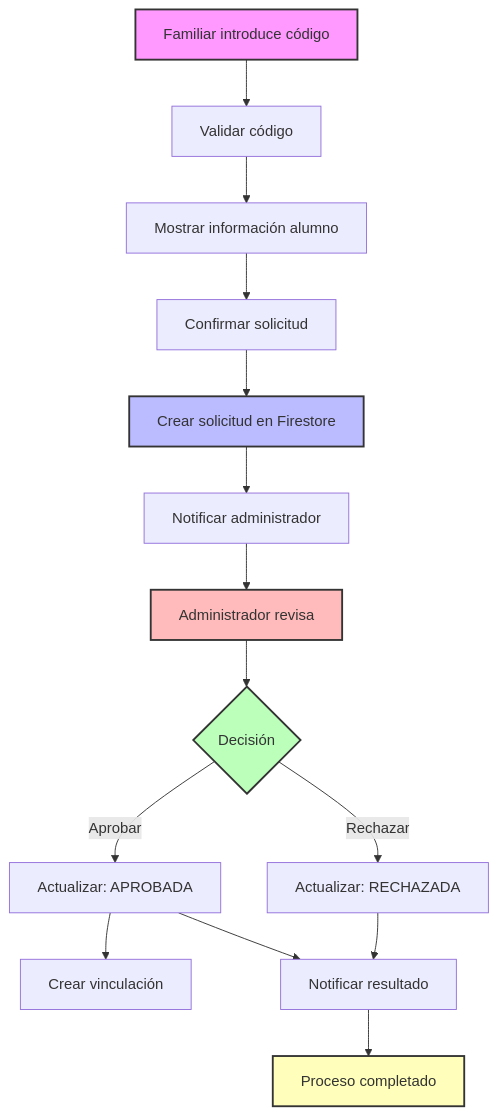
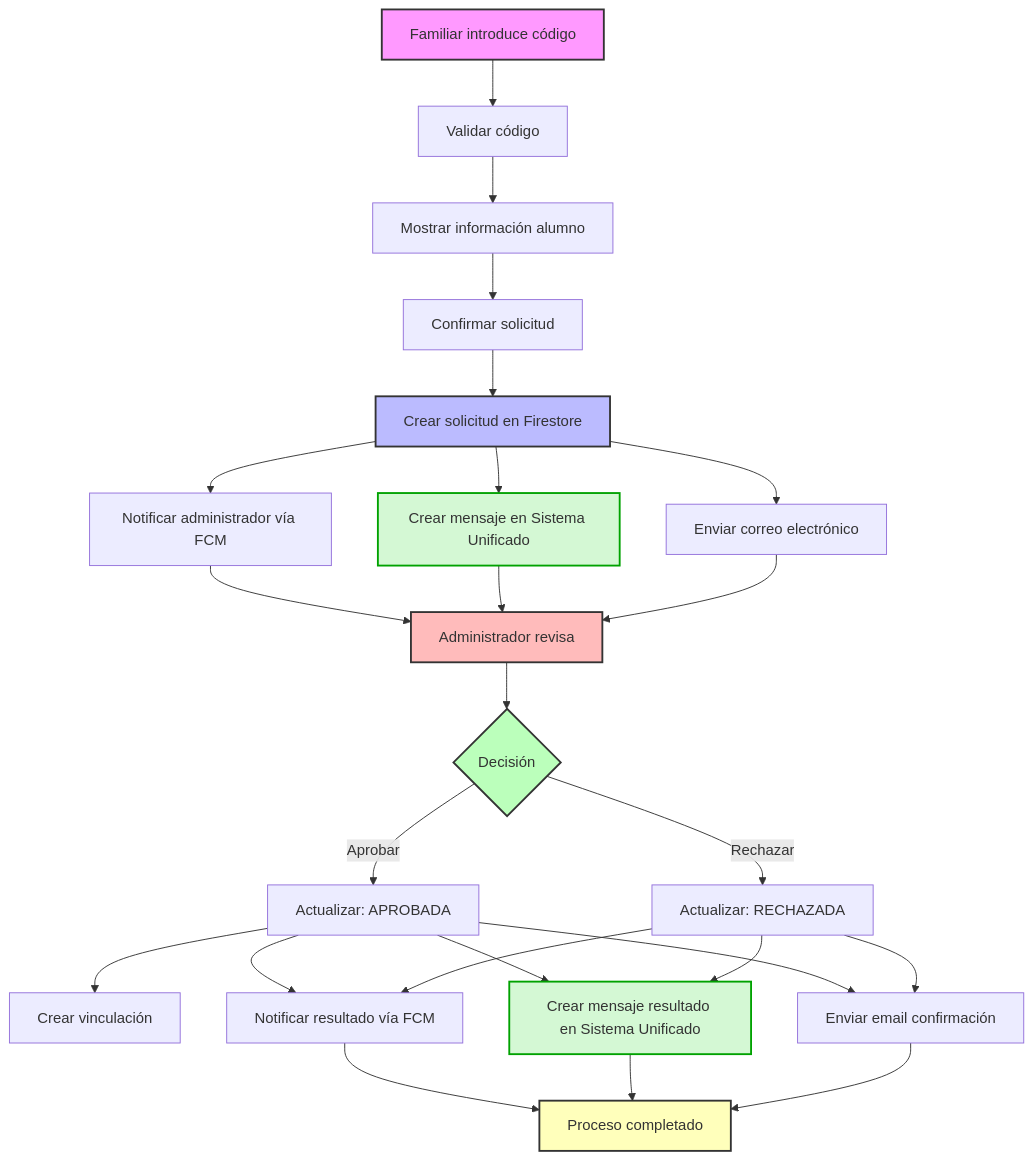
One commit to Nojabeach/UmeEgunero changed the first of 3 diagrams in docs/Sistema_Solicitudes.md. Above: the diagram before and after it, drawn with Mermaid. The commit also changed other lines of this file and 112 other files, not shown here.

````diff
--- a/docs/Sistema_Solicitudes.md
+++ b/docs/Sistema_Solicitudes.md
@@ -7,21 +7,27 @@
 ```mermaid
 flowchart TD
     A[Familiar introduce código] --> B[Validar código]
     B --> C[Mostrar información alumno]
     C --> D[Confirmar solicitud]
     D --> E[Crear solicitud en Firestore]
-    E --> F[Notificar administrador]
-    F --> G[Administrador revisa]
+    E --> F1[Notificar administrador vía FCM]
+    E --> F2[Crear mensaje en Sistema Unificado]
+    E --> F3[Enviar correo electrónico]
+    F1 & F2 & F3 --> G[Administrador revisa]
     G --> H{Decisión}
     H -->|Aprobar| I[Actualizar: APROBADA]
     H -->|Rechazar| J[Actualizar: RECHAZADA]
     I --> K[Crear vinculación]
-    I & J --> L[Notificar resultado]
-    L --> M[Proceso completado]
+    I & J --> L1[Notificar resultado vía FCM]
+    I & J --> L2[Crear mensaje resultado en Sistema Unificado]
+    I & J --> L3[Enviar email confirmación]
+    L1 & L2 & L3 --> M[Proceso completado]
     
     style A fill:#f9f,stroke:#333,stroke-width:2px
     style E fill:#bbf,stroke:#333,stroke-width:2px
     style G fill:#fbb,stroke:#333,stroke-width:2px
     style H fill:#bfb,stroke:#333,stroke-width:2px
+    style F2 fill:#d4f8d4,stroke:#00a200,stroke-width:2px
+    style L2 fill:#d4f8d4,stroke:#00a200,stroke-width:2px
     style M fill:#ffb,stroke:#333,stroke-width:2px
 ```
````
